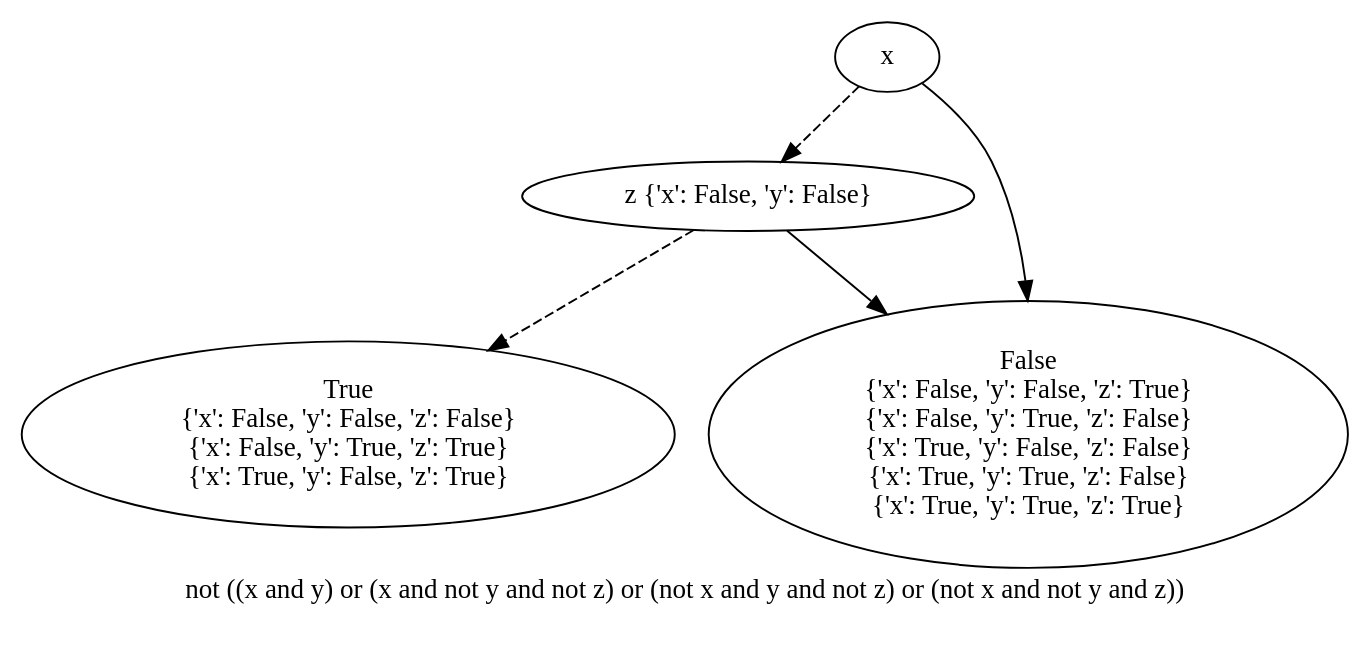
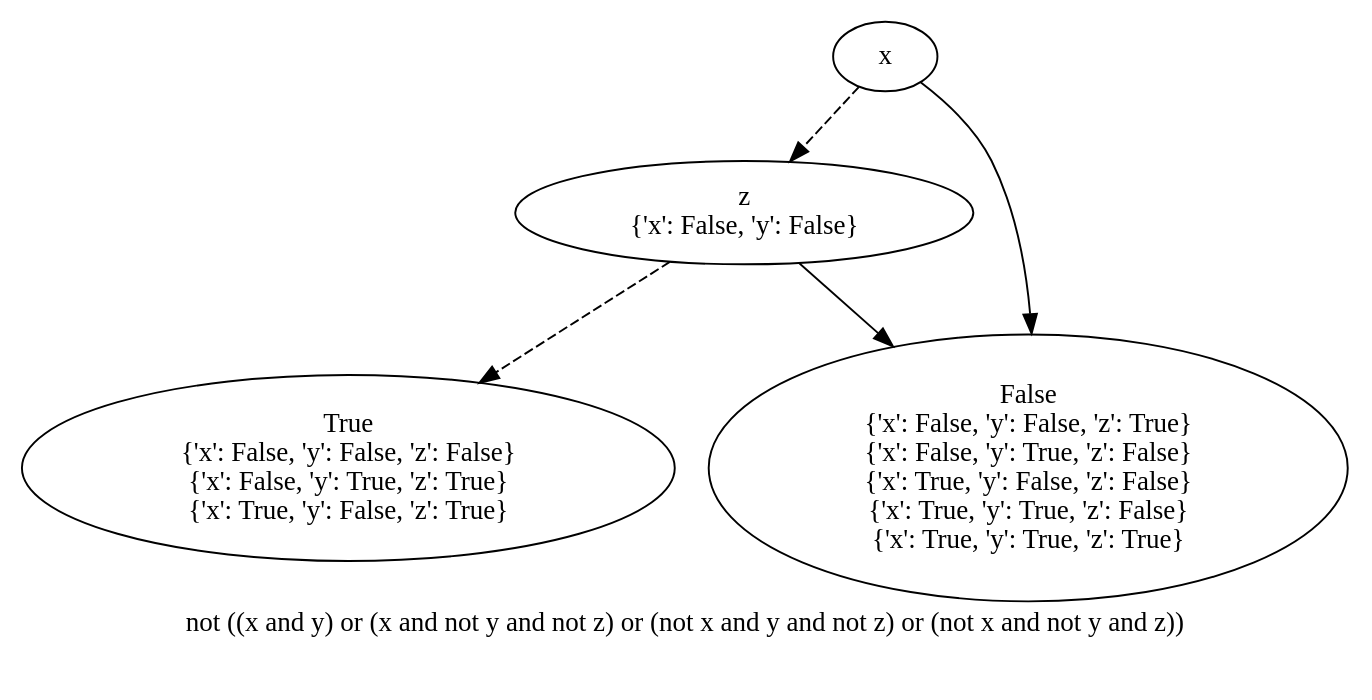
The diagram in out/end_2_bdd_not_f.dot (O1ez/IncreasingResilienceOfAutomatedVehicles), drawn with Graphviz before and after one commit. The commit also changed 20 other files, not shown here.

```diff
--- a/out/end_2_bdd_not_f.dot
+++ b/out/end_2_bdd_not_f.dot
@@ -1,24 +1,25 @@
 digraph{
 label="not ((x and y) or (x and not y and not z) or (not x and y and not z) or (not x and not y and z))\n\n"
-1889826361040[label=x]1889826372816[label="z {'x': False, 'y': False}"]
-1889826361040 -> 1889826372816[style=dashed]
-1889826371664[label="True
+2996655538032[label=x]2996655536752[label="z
+{'x': False, 'y': False}"]
+2996655538032 -> 2996655536752[style=dashed label="" fontcolor = gray]
+2996655537872[label="True
 {'x': False, 'y': False, 'z': False}
 {'x': False, 'y': True, 'z': True}
 {'x': True, 'y': False, 'z': True}"]
-1889826372816 -> 1889826371664[style=dashed]
-1889826371280[label="False
+2996655536752 -> 2996655537872[style=dashed label="" fontcolor = gray]
+2996655531312[label="False
 {'x': False, 'y': False, 'z': True}
 {'x': False, 'y': True, 'z': False}
 {'x': True, 'y': False, 'z': False}
 {'x': True, 'y': True, 'z': False}
 {'x': True, 'y': True, 'z': True}"]
-1889826372816 -> 1889826371280
-1889826371280[label="False
+2996655536752 -> 2996655531312 [label="" fontcolor = gray]
+2996655531312[label="False
 {'x': False, 'y': False, 'z': True}
 {'x': False, 'y': True, 'z': False}
 {'x': True, 'y': False, 'z': False}
 {'x': True, 'y': True, 'z': False}
 {'x': True, 'y': True, 'z': True}"]
-1889826361040 -> 1889826371280
+2996655538032 -> 2996655531312 [label="" fontcolor = gray]
 }
```
